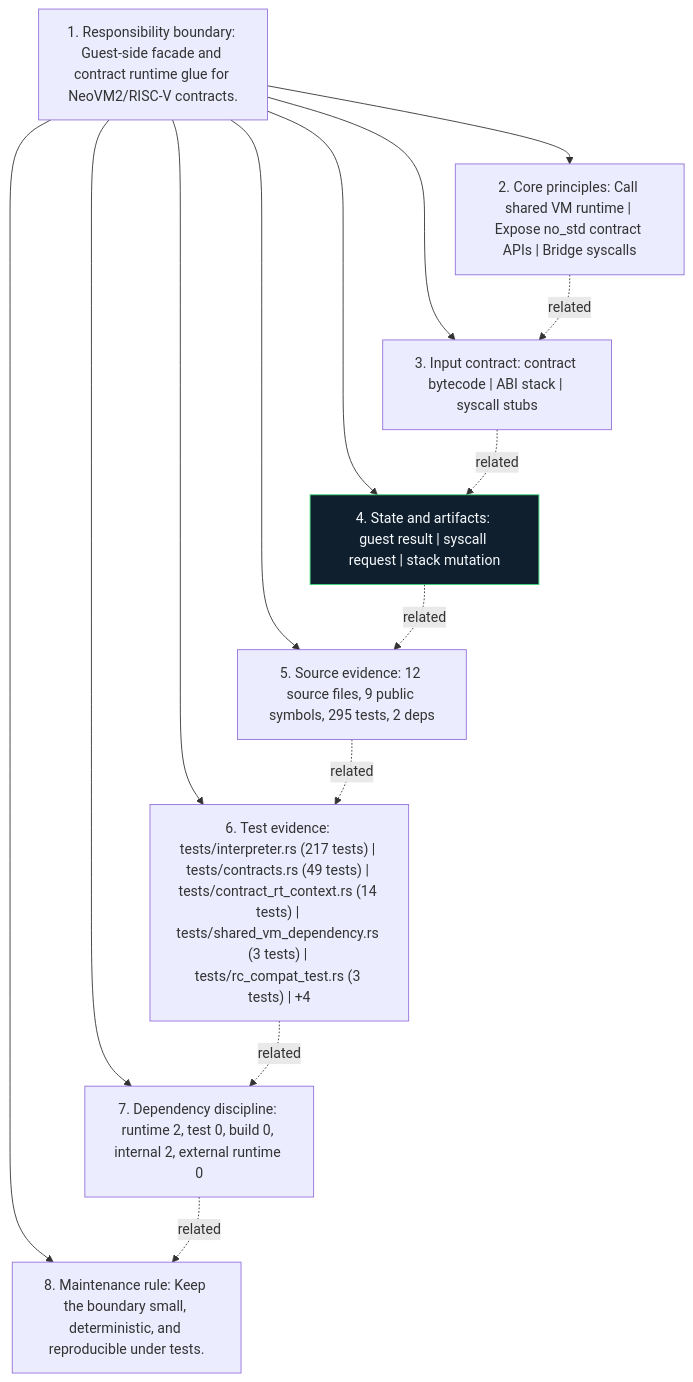
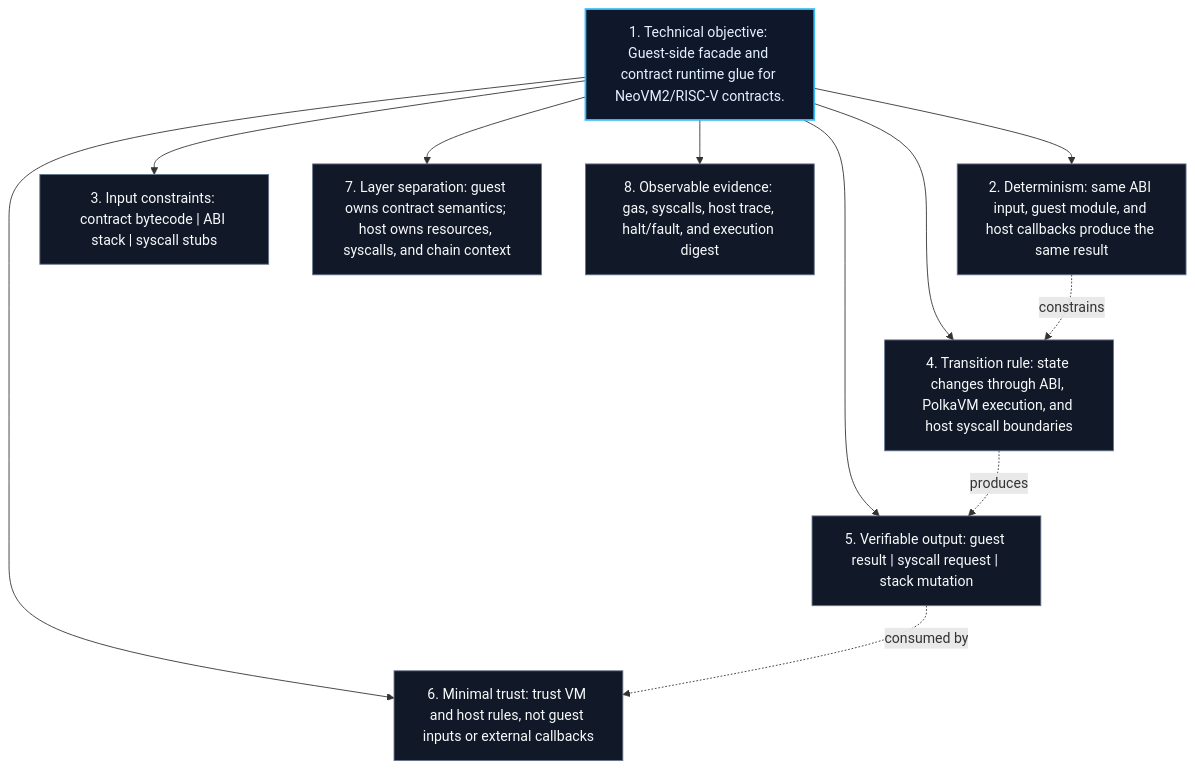
One commit to r3e-network/neo-riscv-vm changed the diagram in crates/neo-riscv-guest/docs/figures/principles.mmd. Above: the diagram before and after it, drawn with Mermaid. The commit also changed 831 other files, not shown here.

Commit message:
Replace crate diagrams with technical views

```diff
--- a/crates/neo-riscv-guest/docs/figures/principles.mmd
+++ b/crates/neo-riscv-guest/docs/figures/principles.mmd
@@ -1,24 +1,23 @@
 flowchart TB
-    N1["1. Responsibility boundary: Guest-side facade and contract runtime glue for NeoVM2/RISC-V contracts."]
-    N2["2. Core principles: Call shared VM runtime | Expose no_std contract APIs | Bridge syscalls"]
-    N3["3. Input contract: contract bytecode | ABI stack | syscall stubs"]
-    N4["4. State and artifacts: guest result | syscall request | stack mutation"]
-    N5["5. Source evidence: 12 source files, 9 public symbols, 295 tests, 2 deps"]
-    N6["6. Test evidence: tests/interpreter.rs (217 tests) | tests/contracts.rs (49 tests) | tests/contract_rt_context.rs (14 tests) | tests/shared_vm_dependency.rs (3 tests) | tests/rc_compat_test.rs (3 tests) | +4"]
-    N7["7. Dependency discipline: runtime 2, test 0, build 0, internal 2, external runtime 0"]
-    N8["8. Maintenance rule: Keep the boundary small, deterministic, and reproducible under tests."]
+    N1["1. Technical objective: Guest-side facade and contract runtime glue for NeoVM2/RISC-V contracts."]
+    N2["2. Determinism: same ABI input, guest module, and host callbacks produce the same result"]
+    N3["3. Input constraints: contract bytecode | ABI stack | syscall stubs"]
+    N4["4. Transition rule: state changes through ABI, PolkaVM execution, and host syscall boundaries"]
+    N5["5. Verifiable output: guest result | syscall request | stack mutation"]
+    N6["6. Minimal trust: trust VM and host rules, not guest inputs or external callbacks"]
+    N7["7. Layer separation: guest owns contract semantics; host owns resources, syscalls, and chain context"]
+    N8["8. Observable evidence: gas, syscalls, host trace, halt/fault, and execution digest"]
     N1 --> N2
     N1 --> N3
     N1 --> N4
     N1 --> N5
     N1 --> N6
     N1 --> N7
     N1 --> N8
-    N2 -. related .-> N3
-    N3 -. related .-> N4
-    N4 -. related .-> N5
-    N5 -. related .-> N6
-    N6 -. related .-> N7
-    N7 -. related .-> N8
-    classDef crate fill:#101f2d,stroke:#38d978,color:#f6fbff
-    class N4 crate
+    N2 -. constrains .-> N4
+    N4 -. produces .-> N5
+    N5 -. consumed by .-> N6
+    classDef core fill:#0f172a,stroke:#38bdf8,color:#e5f2ff,stroke-width:2px;
+    classDef support fill:#111827,stroke:#64748b,color:#f8fafc;
+    class N1 core;
+    class N2,N3,N4,N5,N6,N7,N8 support;
```
